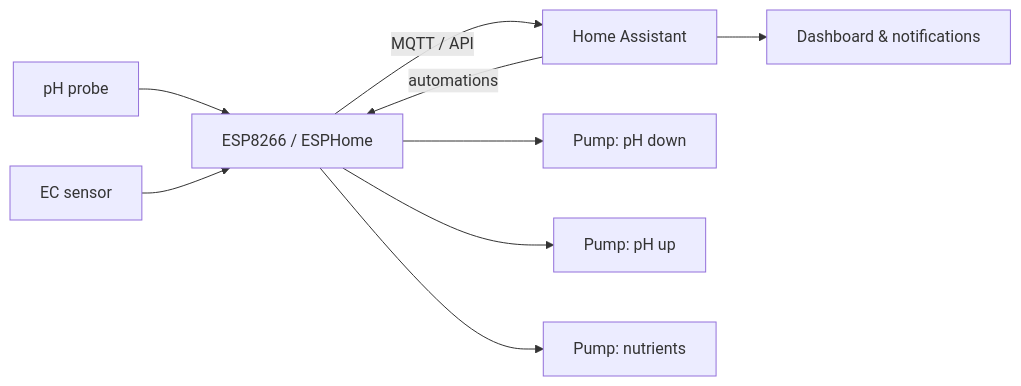
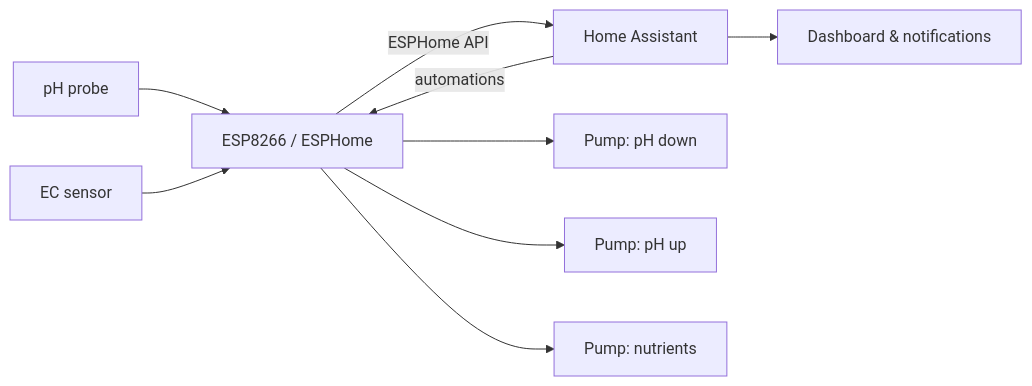
One commit to ernestopoca14/chaac changed the diagram in docs/architecture.md. Above: the diagram before and after it, drawn with Mermaid. The commit also changed other lines of this file and 1 other file, not shown here.

Commit message:
docs: architecture diagram in Mermaid; connectivity is the ESPHome native API (firmware has no MQTT)

````diff
--- a/docs/architecture.md
+++ b/docs/architecture.md
@@ -27,11 +27,11 @@
 ```mermaid
 flowchart LR
   P[pH probe] --> E[ESP8266 / ESPHome]
   C[EC sensor] --> E
-  E -- MQTT / API --> H[Home Assistant]
+  E -- ESPHome API --> H[Home Assistant]
   H -- automations --> E
   E --> M1[Pump: pH down]
   E --> M2[Pump: pH up]
   E --> M3[Pump: nutrients]
   H --> N[Dashboard & notifications]
 ```
````
